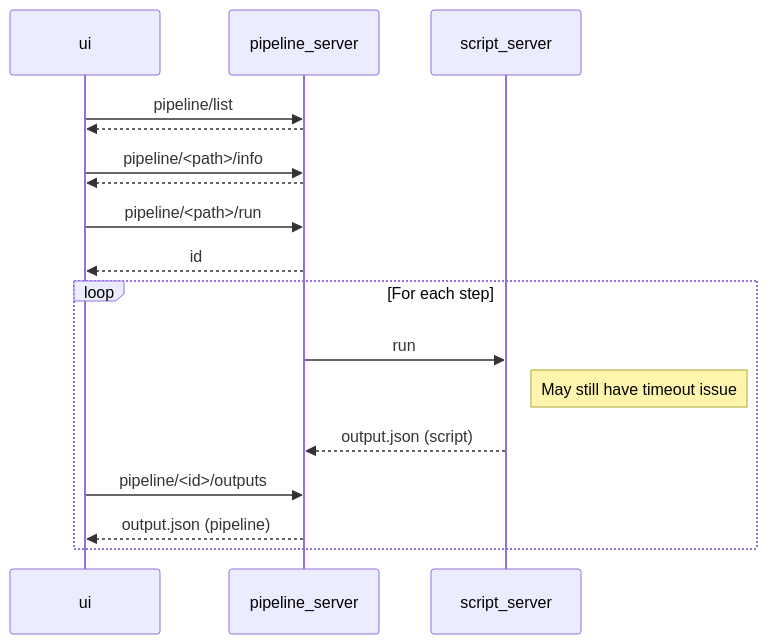
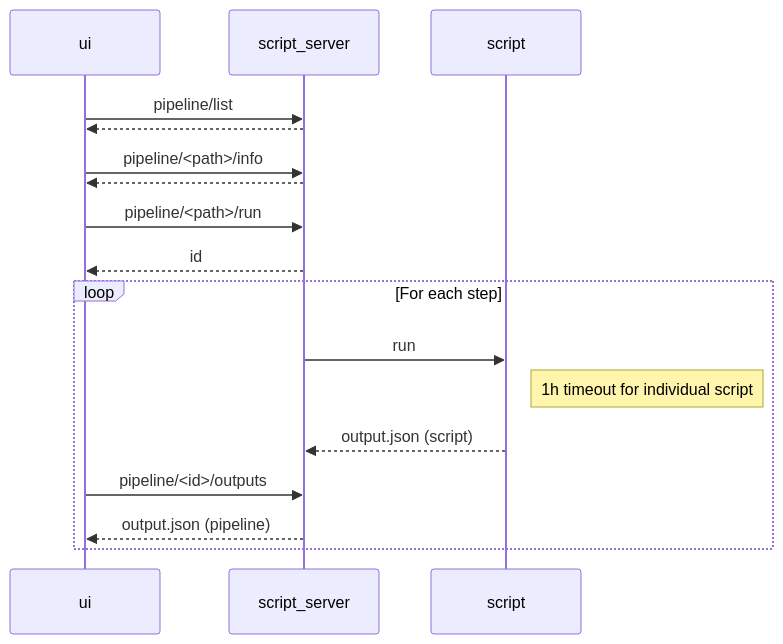
Before and after one commit to GEO-BON/bon-in-a-box-pipelines: the fourth of 4 diagrams in docs/dev.md, drawn with Mermaid. The commit also changed other lines of this file, not shown here.

Commit message:
revision of dev docs

````diff
--- a/docs/dev.md
+++ b/docs/dev.md
@@ -63,19 +77,19 @@
 ```mermaid
 sequenceDiagram
-    ui->>pipeline_server: pipeline/list
-    pipeline_server-->>ui: 
+    ui->>script_server: pipeline/list
+    script_server-->>ui: 
 
-    ui->>pipeline_server: pipeline/<path>/info
-    pipeline_server-->>ui: 
+    ui->>script_server: pipeline/<path>/info
+    script_server-->>ui: 
 
-    ui->>pipeline_server: pipeline/<path>/run
-    pipeline_server-->>ui: id
+    ui->>script_server: pipeline/<path>/run
+    script_server-->>ui: id
     loop For each step
-        pipeline_server->>script_server: run
-        Note right of script_server: May still have timeout issue
-        script_server-->>pipeline_server: output.json (script)
-        ui->>pipeline_server: pipeline/<id>/outputs
-        pipeline_server-->>ui: output.json (pipeline)
+        script_server->>script: run
+        Note right of script: 1h timeout for individual script
+        script-->>script_server: output.json (script)
+        ui->>script_server: pipeline/<id>/outputs
+        script_server-->>ui: output.json (pipeline)
     end
 
 ```
````
